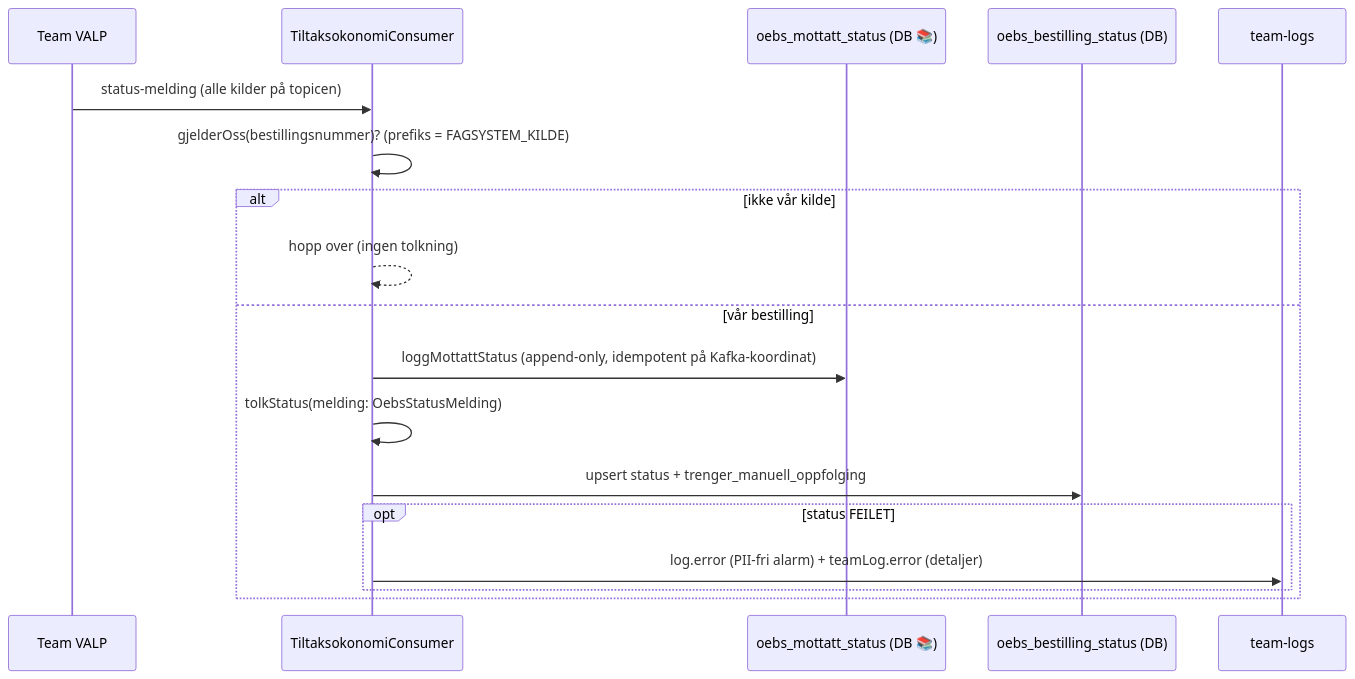
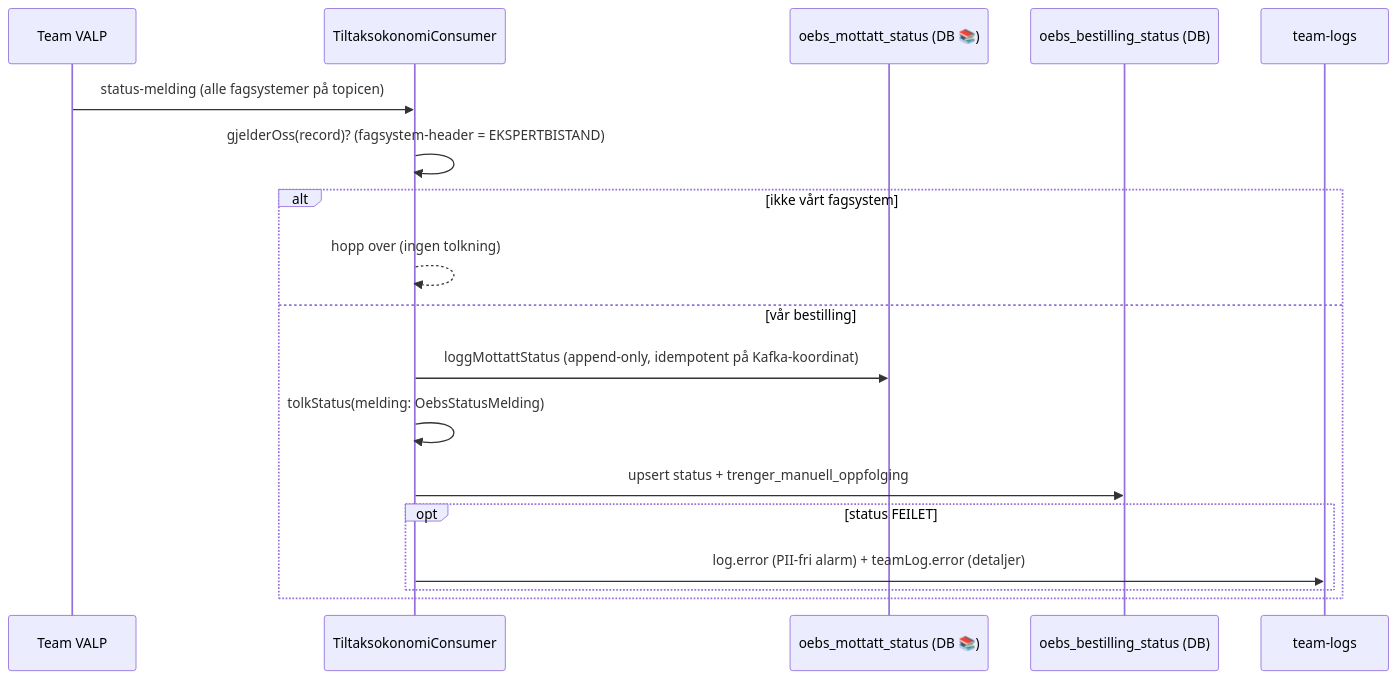
Before and after one commit to navikt/ekspertbistand: the third of 3 diagrams in backend/src/main/kotlin/no/nav/ekspertbistand/oebs/README.md, drawn with Mermaid. The commit also changed other lines of this file and 3 other files, not shown here.

First line of the commit message:
feat(oebs): filtrer status-meldinger på VALP sin fagsystem-header

````diff
--- a/backend/src/main/kotlin/no/nav/ekspertbistand/oebs/README.md
+++ b/backend/src/main/kotlin/no/nav/ekspertbistand/oebs/README.md
@@ -85,21 +85,21 @@
 ```mermaid
 sequenceDiagram
     participant V as Team VALP
     participant S as TiltaksokonomiConsumer
     participant L as oebs_mottatt_status (DB 📚)
     participant D as oebs_bestilling_status (DB)
     participant T as team-logs
 
-    V->>S: status-melding (alle kilder på topicen)
-    S->>S: gjelderOss(bestillingsnummer)? (prefiks = FAGSYSTEM_KILDE)
-    alt ikke vår kilde
+    V->>S: status-melding (alle fagsystemer på topicen)
+    S->>S: gjelderOss(record)? (fagsystem-header = EKSPERTBISTAND)
+    alt ikke vårt fagsystem
         S-->>S: hopp over (ingen tolkning)
     else vår bestilling
         S->>L: loggMottattStatus (append-only, idempotent på Kafka-koordinat)
         S->>S: tolkStatus(melding: OebsStatusMelding)
         S->>D: upsert status + trenger_manuell_oppfolging
         opt status FEILET
             S->>T: log.error (PII-fri alarm) + teamLog.error (detaljer)
         end
     end
 ```
````
